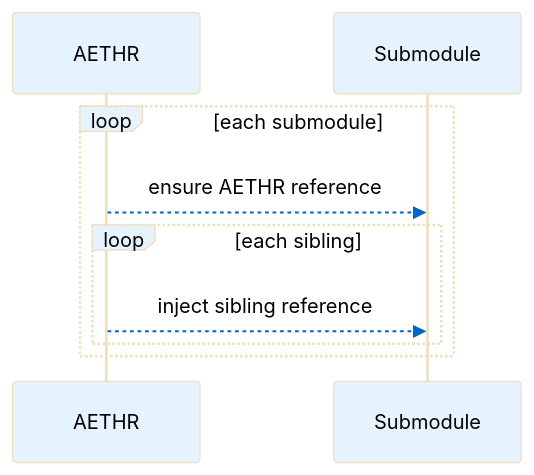
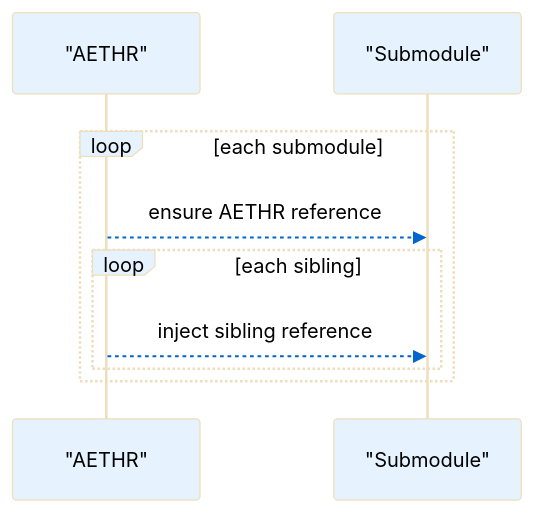
Before and after one commit to Gh0st352/AETHR: the third of 3 diagrams in docs/aethr/modules_wiring.md, drawn with Mermaid. The commit also changed other lines of this file and 6 other files, not shown here.

First line of the commit message:
Refactor documentation with enhanced flowcharts and sequence diagrams

````diff
--- a/docs/aethr/modules_wiring.md
+++ b/docs/aethr/modules_wiring.md
@@ -59,12 +91,15 @@
 ```mermaid
-%%{init: {"theme":"base","themeVariables":{"actorBkg":"#e6f3ff","actorTextColor":"#000","lineColor":"#495057","signalColor":"#0066cc","signalTextColor":"#000","fontSize":"14px"}}}%%
+%%{init: {"theme":"base","themeVariables":{"actorBkg":"#e6f3ff","actorTextColor":"#000","lineColor":"#495057","signalColor":"#0066cc","signalTextColor":"#000000ff","textColor":"#000000ff","fontSize":"14px"}}}%%
 sequenceDiagram
-  participant A as AETHR
-  participant S as Submodule
-  loop each submodule
-    A-->>S: ensure AETHR reference
-    loop each sibling
-      A-->>S: inject sibling reference
+  participant A as "AETHR"
+  participant S as "Submodule"
+
+  rect rgba(255,255,255,0.75)
+    loop each submodule
+      A-->>S: ensure AETHR reference
+      loop each sibling
+        A-->>S: inject sibling reference
+      end
     end
   end
 ```
````
